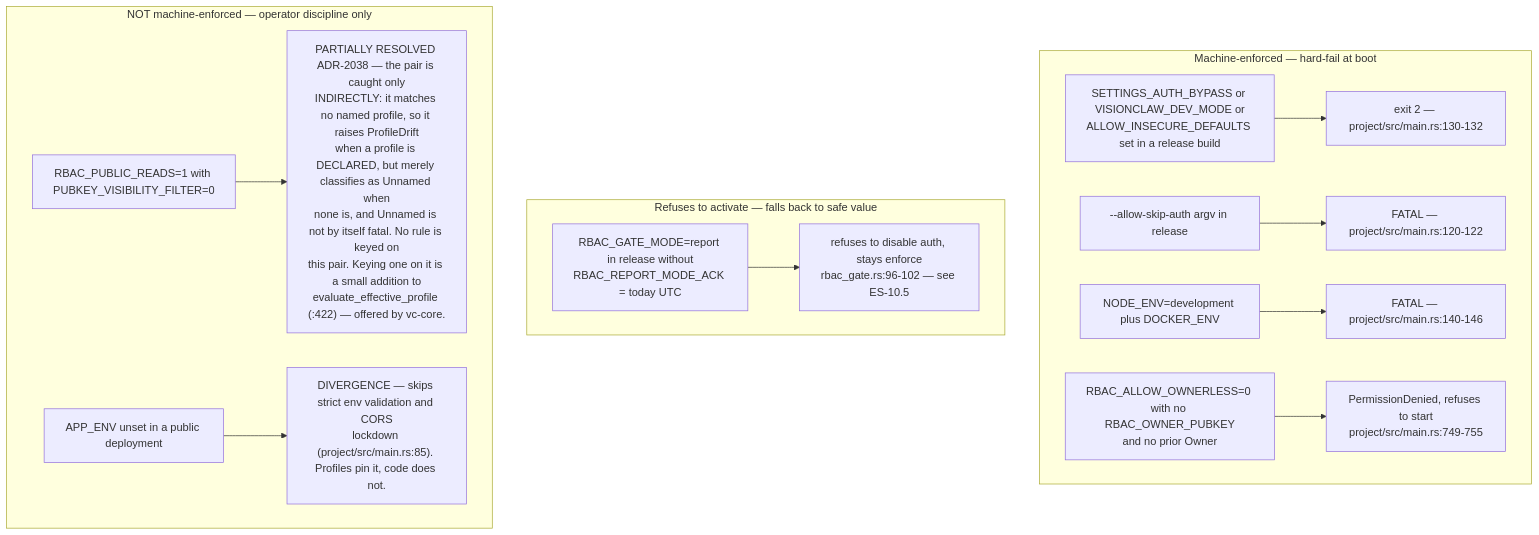
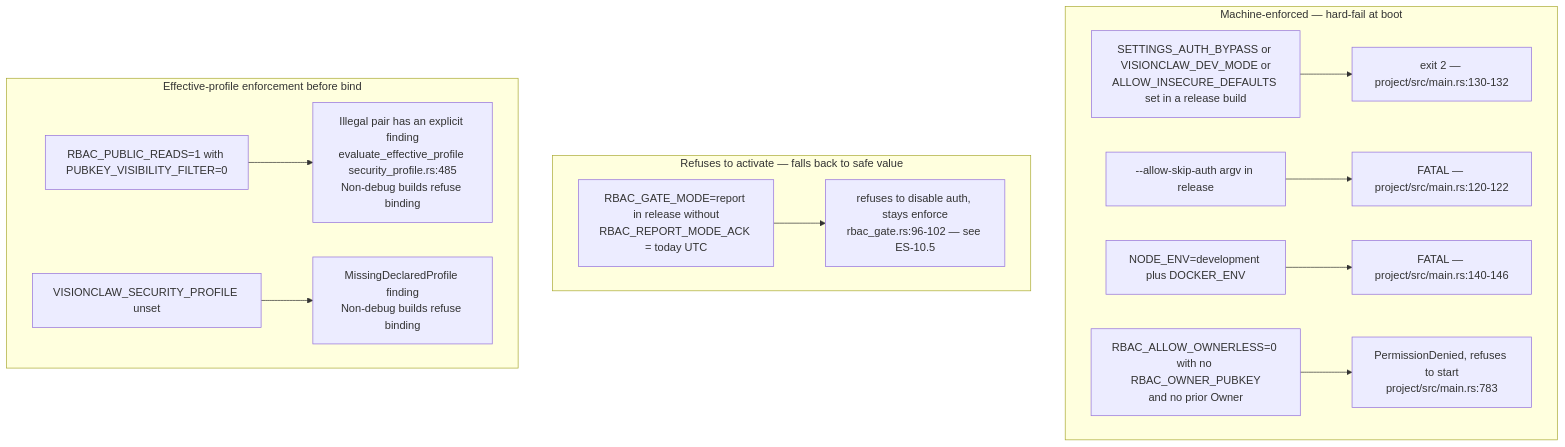
Before and after one commit to DreamLab-AI/VisionFlow: the fourth of 10 diagrams in docs/diagrams/estate/10-deployment-and-security-profiles.md, drawn with Mermaid. The commit also changed other lines of this file and 51 other files, not shown here.

First line of the commit message:
docs(diagrams): agentbox AB-01..13 re-attested anchor by anchor (980 anchors, 22 defects); checkpoint against an out-of-mesh writer

````diff
--- a/docs/diagrams/estate/10-deployment-and-security-profiles.md
+++ b/docs/diagrams/estate/10-deployment-and-security-profiles.md
@@ -158,31 +158,31 @@
 ```mermaid
 flowchart TB
     subgraph hard["Machine-enforced — hard-fail at boot"]
         H1["SETTINGS_AUTH_BYPASS or VISIONCLAW_DEV_MODE or<br/>ALLOW_INSECURE_DEFAULTS set in a release build"]
         H1E["exit 2 — project/src/main.rs:130-132"]
         H2["--allow-skip-auth argv in release"]
         H2E["FATAL — project/src/main.rs:120-122"]
         H3["NODE_ENV=development plus DOCKER_ENV"]
         H3E["FATAL — project/src/main.rs:140-146"]
         H4["RBAC_ALLOW_OWNERLESS=0 with no RBAC_OWNER_PUBKEY<br/>and no prior Owner"]
-        H4E["PermissionDenied, refuses to start<br/>project/src/main.rs:749-755"]
+        H4E["PermissionDenied, refuses to start<br/>project/src/main.rs:783"]
     end
     subgraph soft["Refuses to activate — falls back to safe value"]
         S1["RBAC_GATE_MODE=report in release without<br/>RBAC_REPORT_MODE_ACK = today UTC"]
         S1E["refuses to disable auth, stays enforce<br/>rbac_gate.rs:96-102 — see ES-10.5"]
     end
-    subgraph none["NOT machine-enforced — operator discipline only"]
+    subgraph none["Effective-profile enforcement before bind"]
         N1["RBAC_PUBLIC_READS=1 with PUBKEY_VISIBILITY_FILTER=0"]
-        N1E["PARTIALLY RESOLVED ADR-2038 — the pair is caught only<br/>INDIRECTLY: it matches no named profile, so it raises ProfileDrift<br/>when a profile is DECLARED, but merely classifies as Unnamed when<br/>none is, and Unnamed is not by itself fatal. No rule is keyed on<br/>this pair. Keying one on it is a small addition to<br/>evaluate_effective_profile (:422) — offered by vc-core."]
-        N2["APP_ENV unset in a public deployment"]
-        N2E["DIVERGENCE — skips strict env validation and CORS<br/>lockdown (project/src/main.rs:85). Profiles pin it, code does not."]
+        N1E["Illegal pair has an explicit finding<br/>evaluate_effective_profile security_profile.rs:485<br/>Non-debug builds refuse binding"]
+        N2["VISIONCLAW_SECURITY_PROFILE unset"]
+        N2E["MissingDeclaredProfile finding<br/>Non-debug builds refuse binding"]
     end
 
     H1 --> H1E
     H2 --> H2E
     H3 --> H3E
     H4 --> H4E
     S1 --> S1E
     N1 --> N1E
     N2 --> N2E
 ```
````
